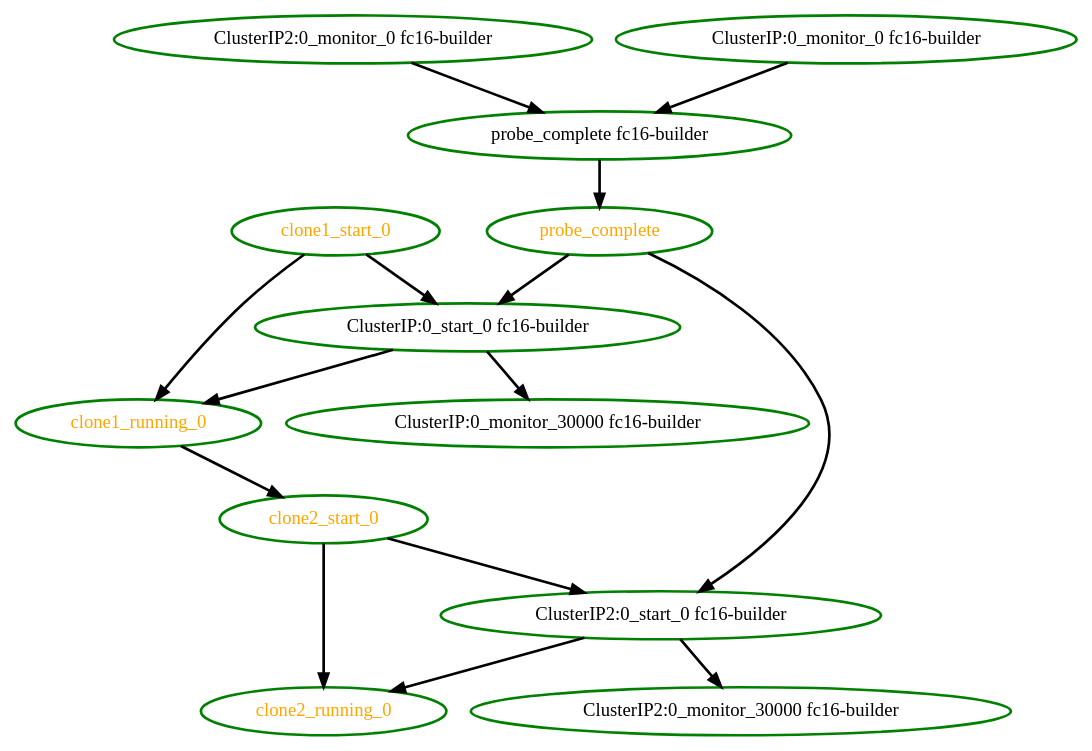
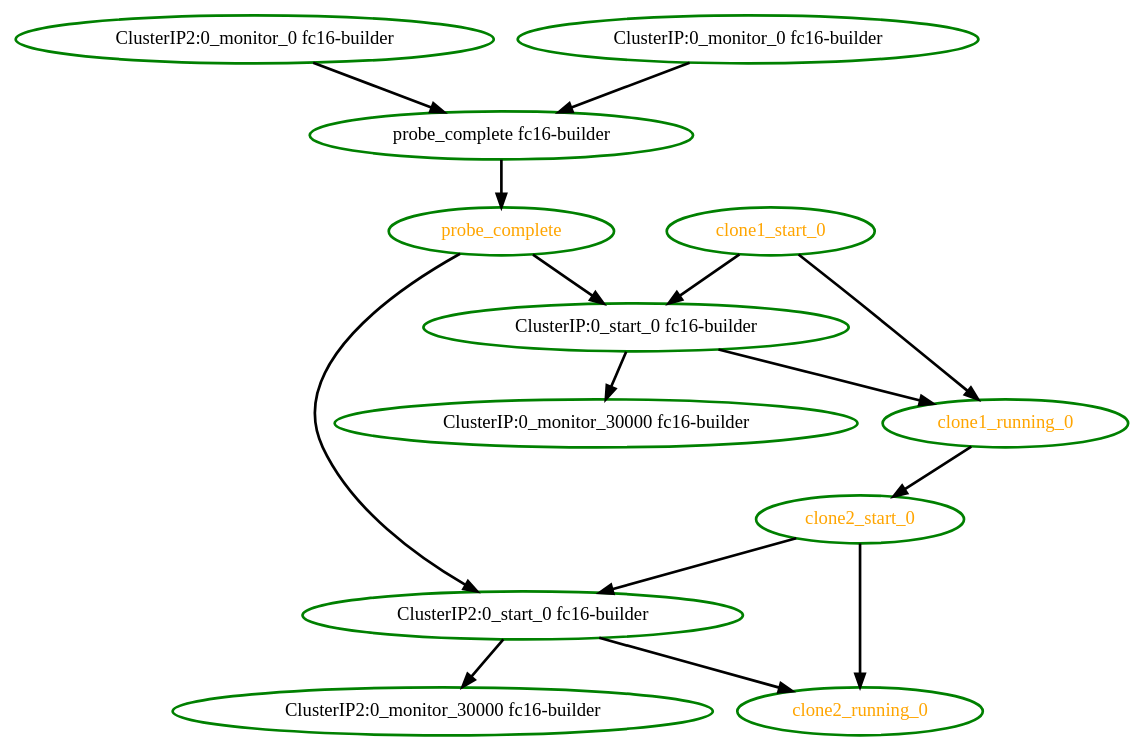
Before and after one commit to ClusterLabs/pacemaker: the diagram in pengine/test10/bug-1514-CLONE-A-start-B-start.dot, drawn with Graphviz. The commit also changed 10 other files, not shown here.

```diff
--- a/pengine/test10/bug-1514-CLONE-A-start-B-start.dot
+++ b/pengine/test10/bug-1514-CLONE-A-start-B-start.dot
@@ -1,28 +1,28 @@
- digraph "g" {
+digraph "g" {
+"ClusterIP2:0_monitor_0 fc16-builder" -> "probe_complete fc16-builder" [ style = bold]
+"ClusterIP2:0_monitor_0 fc16-builder" [ style=bold color="green" fontcolor="black"]
+"ClusterIP2:0_monitor_30000 fc16-builder" [ style=bold color="green" fontcolor="black"]
+"ClusterIP2:0_start_0 fc16-builder" -> "ClusterIP2:0_monitor_30000 fc16-builder" [ style = bold]
+"ClusterIP2:0_start_0 fc16-builder" -> "clone2_running_0" [ style = bold]
+"ClusterIP2:0_start_0 fc16-builder" [ style=bold color="green" fontcolor="black"]
+"ClusterIP:0_monitor_0 fc16-builder" -> "probe_complete fc16-builder" [ style = bold]
+"ClusterIP:0_monitor_0 fc16-builder" [ style=bold color="green" fontcolor="black"]
+"ClusterIP:0_monitor_30000 fc16-builder" [ style=bold color="green" fontcolor="black"]
+"ClusterIP:0_start_0 fc16-builder" -> "ClusterIP:0_monitor_30000 fc16-builder" [ style = bold]
+"ClusterIP:0_start_0 fc16-builder" -> "clone1_running_0" [ style = bold]
+"ClusterIP:0_start_0 fc16-builder" [ style=bold color="green" fontcolor="black"]
+"clone1_running_0" -> "clone2_start_0" [ style = bold]
+"clone1_running_0" [ style=bold color="green" fontcolor="orange"]
+"clone1_start_0" -> "ClusterIP:0_start_0 fc16-builder" [ style = bold]
+"clone1_start_0" -> "clone1_running_0" [ style = bold]
+"clone1_start_0" [ style=bold color="green" fontcolor="orange"]
 "clone2_running_0" [ style=bold color="green" fontcolor="orange"]
+"clone2_start_0" -> "ClusterIP2:0_start_0 fc16-builder" [ style = bold]
+"clone2_start_0" -> "clone2_running_0" [ style = bold]
 "clone2_start_0" [ style=bold color="green" fontcolor="orange"]
-"ClusterIP2:0_monitor_30000 fc16-builder" [ style=bold color="green" fontcolor="black"]
-"ClusterIP2:0_start_0 fc16-builder" [ style=bold color="green" fontcolor="black"]
-"clone1_running_0" [ style=bold color="green" fontcolor="orange"]
-"clone1_start_0" [ style=bold color="green" fontcolor="orange"]
-"ClusterIP:0_monitor_30000 fc16-builder" [ style=bold color="green" fontcolor="black"]
-"ClusterIP:0_start_0 fc16-builder" [ style=bold color="green" fontcolor="black"]
-"ClusterIP2:0_monitor_0 fc16-builder" [ style=bold color="green" fontcolor="black"]
-"ClusterIP:0_monitor_0 fc16-builder" [ style=bold color="green" fontcolor="black"]
+"probe_complete fc16-builder" -> "probe_complete" [ style = bold]
 "probe_complete fc16-builder" [ style=bold color="green" fontcolor="black"]
+"probe_complete" -> "ClusterIP2:0_start_0 fc16-builder" [ style = bold]
+"probe_complete" -> "ClusterIP:0_start_0 fc16-builder" [ style = bold]
 "probe_complete" [ style=bold color="green" fontcolor="orange"]
-"ClusterIP2:0_start_0 fc16-builder" -> "clone2_running_0" [ style = bold]
-"clone2_start_0" -> "clone2_running_0" [ style = bold]
-"clone1_running_0" -> "clone2_start_0" [ style = bold]
-"ClusterIP2:0_start_0 fc16-builder" -> "ClusterIP2:0_monitor_30000 fc16-builder" [ style = bold]
-"probe_complete" -> "ClusterIP2:0_start_0 fc16-builder" [ style = bold]
-"clone2_start_0" -> "ClusterIP2:0_start_0 fc16-builder" [ style = bold]
-"ClusterIP:0_start_0 fc16-builder" -> "clone1_running_0" [ style = bold]
-"clone1_start_0" -> "clone1_running_0" [ style = bold]
-"ClusterIP:0_start_0 fc16-builder" -> "ClusterIP:0_monitor_30000 fc16-builder" [ style = bold]
-"probe_complete" -> "ClusterIP:0_start_0 fc16-builder" [ style = bold]
-"clone1_start_0" -> "ClusterIP:0_start_0 fc16-builder" [ style = bold]
-"ClusterIP:0_monitor_0 fc16-builder" -> "probe_complete fc16-builder" [ style = bold]
-"ClusterIP2:0_monitor_0 fc16-builder" -> "probe_complete fc16-builder" [ style = bold]
-"probe_complete fc16-builder" -> "probe_complete" [ style = bold]
 }
```
